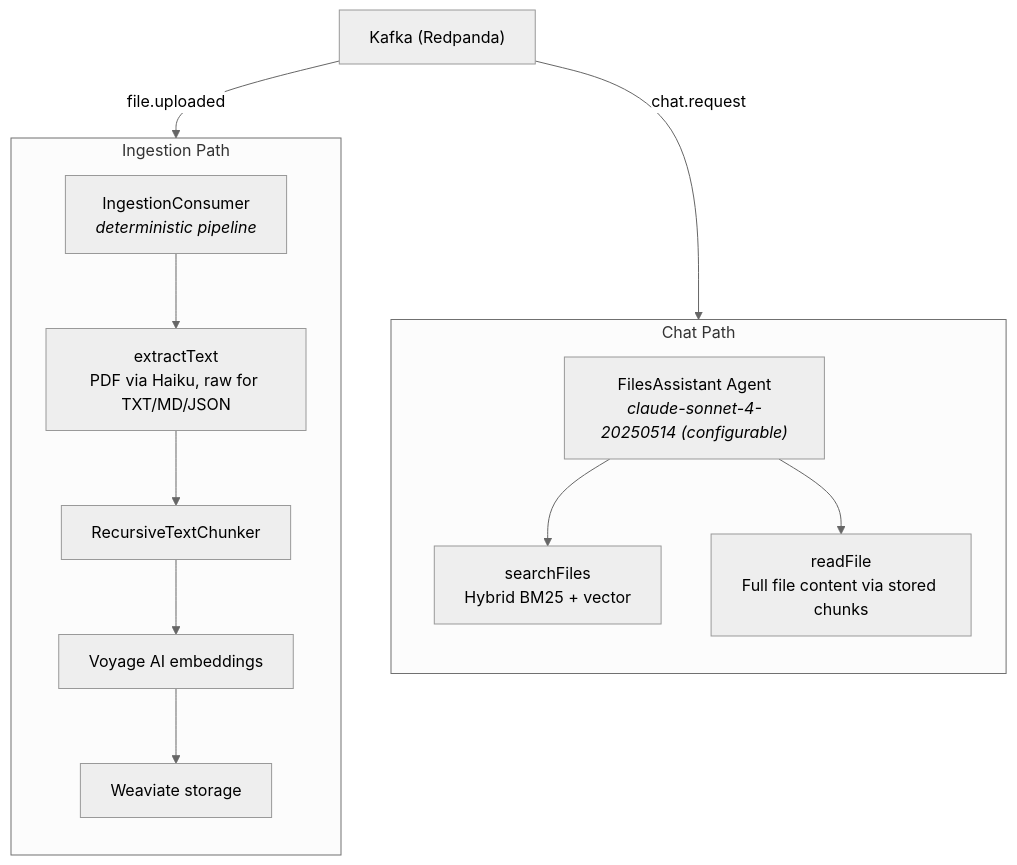
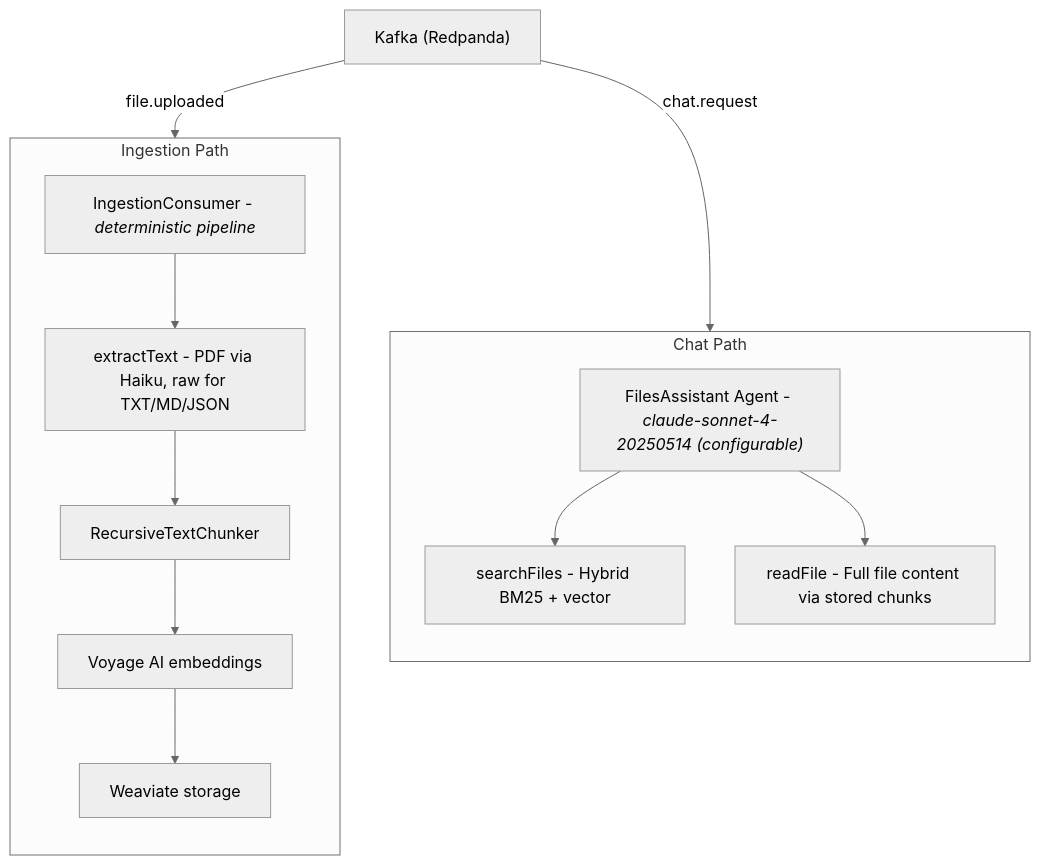
Before and after one commit to JackTran15/files-assistant-system: the first of 6 diagrams in docs/scenarios.md, drawn with Mermaid (neutral theme). The commit also changed other lines of this file and 8 other files, not shown here.

````diff
--- a/docs/scenarios.md
+++ b/docs/scenarios.md
@@ -26,28 +26,28 @@
 ```mermaid
 graph TB
     subgraph ChatPath["Chat Path"]
         direction TB
-        FA["FilesAssistant Agent<br/><i>claude-sonnet-4-20250514 (configurable)</i>"]
-        T1["searchFiles<br/>Hybrid BM25 + vector"]
-        T2["readFile<br/>Full file content via stored chunks"]
+        FA["FilesAssistant Agent - <i>claude-sonnet-4-20250514 (configurable)</i>"]
+        T1["searchFiles - Hybrid BM25 + vector"]
+        T2["readFile - Full file content via stored chunks"]
         FA --> T1
         FA --> T2
     end
 
     subgraph IngestionPath["Ingestion Path"]
         direction TB
-        IC["IngestionConsumer<br/><i>deterministic pipeline</i>"]
-        S1["extractText<br/>PDF via Haiku, raw for TXT/MD/JSON"]
+        IC["IngestionConsumer - <i>deterministic pipeline</i>"]
+        S1["extractText - PDF via Haiku, raw for TXT/MD/JSON"]
         S2["RecursiveTextChunker"]
         S3["Voyage AI embeddings"]
         S4["Weaviate storage"]
         IC --> S1
         S1 --> S2
         S2 --> S3
         S3 --> S4
     end
 
     Kafka["Kafka (Redpanda)"]
     Kafka -->|"chat.request"| FA
     Kafka -->|"file.uploaded"| IC
 ```
````
